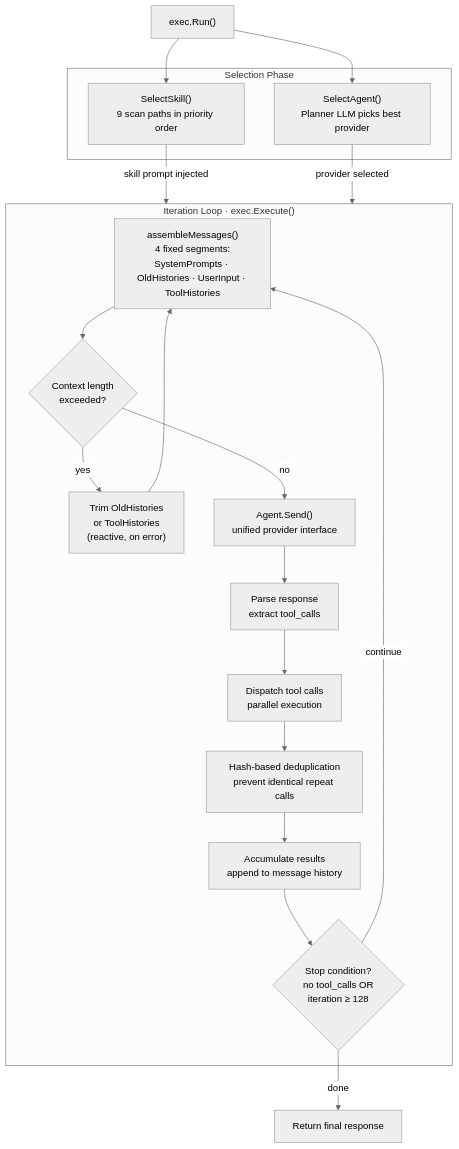
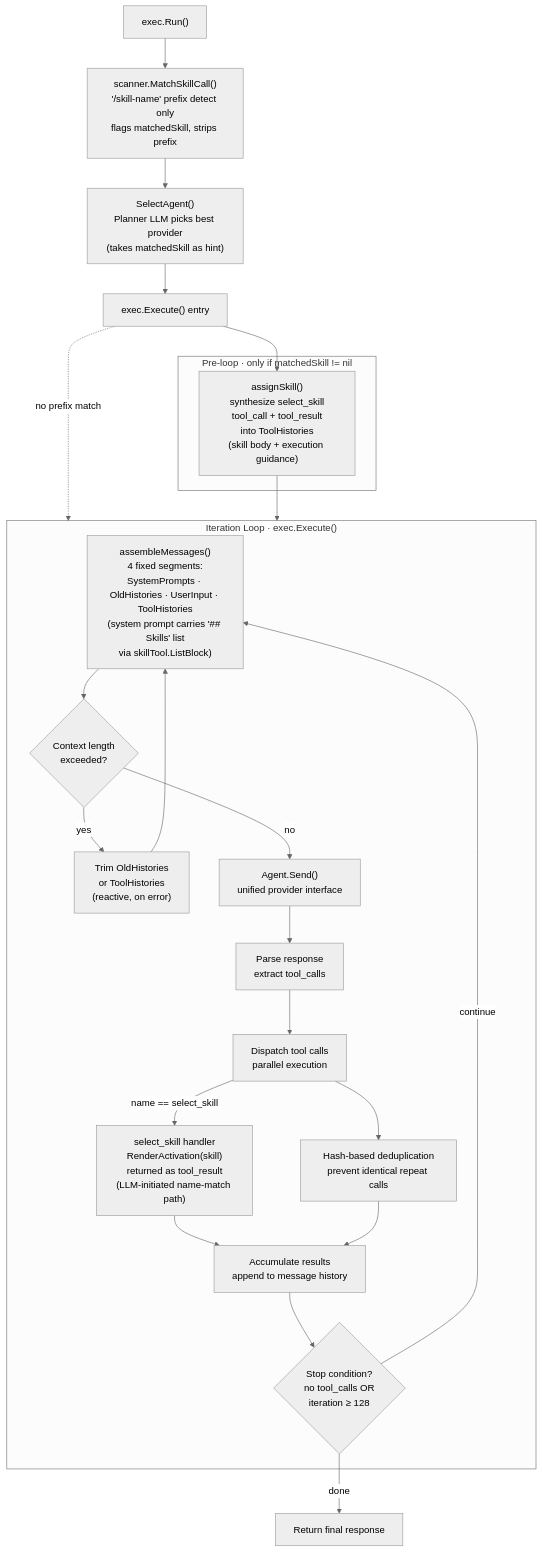
One commit to pardnchiu/Agenvoy changed the second of 9 diagrams in doc/architecture.md. Above: the diagram before and after it, drawn with Mermaid (neutral theme). The commit also changed other lines of this file and 3 other files, not shown here.

Commit message:
update: Document select_skill execution flow and lazy-load architecture

````diff
--- a/doc/architecture.md
+++ b/doc/architecture.md
@@ -54,38 +54,45 @@
 ```mermaid
 flowchart TD
     Run["exec.Run()"]
+    PrefixDetect["scanner.MatchSkillCall()\n'/skill-name' prefix detect only\nflags matchedSkill, strips prefix"]
+    AgentScan["SelectAgent()\nPlanner LLM picks best provider\n(takes matchedSkill as hint)"]
+    Enter["exec.Execute() entry"]
 
-    subgraph Selection ["Selection Phase"]
-        SkillScan["SelectSkill()\n9 scan paths in priority order"]
-        AgentScan["SelectAgent()\nPlanner LLM picks best provider"]
+    subgraph Preseed ["Pre-loop · only if matchedSkill != nil"]
+        AssignSynth["assignSkill()\nsynthesize select_skill\ntool_call + tool_result\ninto ToolHistories\n(skill body + execution guidance)"]
     end
 
     subgraph Loop ["Iteration Loop · exec.Execute()"]
-        Assemble["assembleMessages()\n4 fixed segments:\nSystemPrompts · OldHistories · UserInput · ToolHistories"]
+        Assemble["assembleMessages()\n4 fixed segments:\nSystemPrompts · OldHistories · UserInput · ToolHistories\n(system prompt carries '## Skills' list\nvia skillTool.ListBlock)"]
         ReactTrim{"Context length\nexceeded?"}
         TrimOld["Trim OldHistories\nor ToolHistories\n(reactive, on error)"]
         Send["Agent.Send()\nunified provider interface"]
         Parse["Parse response\nextract tool_calls"]
         Dispatch["Dispatch tool calls\nparallel execution"]
+        SkillToolCall["select_skill handler\nRenderActivation(skill)\nreturned as tool_result\n(LLM-initiated name-match path)"]
         Dedup["Hash-based deduplication\nprevent identical repeat calls"]
         Accum["Accumulate results\nappend to message history"]
         Check{"Stop condition?\nno tool_calls OR\niteration ≥ 128"}
     end
 
     Done["Return final response"]
 
-    Run --> SkillScan
-    Run --> AgentScan
-    SkillScan -->|"skill prompt injected"| Loop
-    AgentScan -->|"provider selected"| Loop
+    Run --> PrefixDetect
+    PrefixDetect --> AgentScan
+    AgentScan --> Enter
+    Enter --> AssignSynth
+    Enter -.->|"no prefix match"| Loop
+    AssignSynth --> Loop
     Assemble --> ReactTrim
     ReactTrim -->|"yes"| TrimOld --> Assemble
     ReactTrim -->|"no"| Send
     Send --> Parse
     Parse --> Dispatch
+    Dispatch -->|"name == select_skill"| SkillToolCall
+    SkillToolCall --> Accum
     Dispatch --> Dedup
     Dedup --> Accum
     Accum --> Check
     Check -->|"continue"| Assemble
     Check -->|"done"| Done
 ```
````
